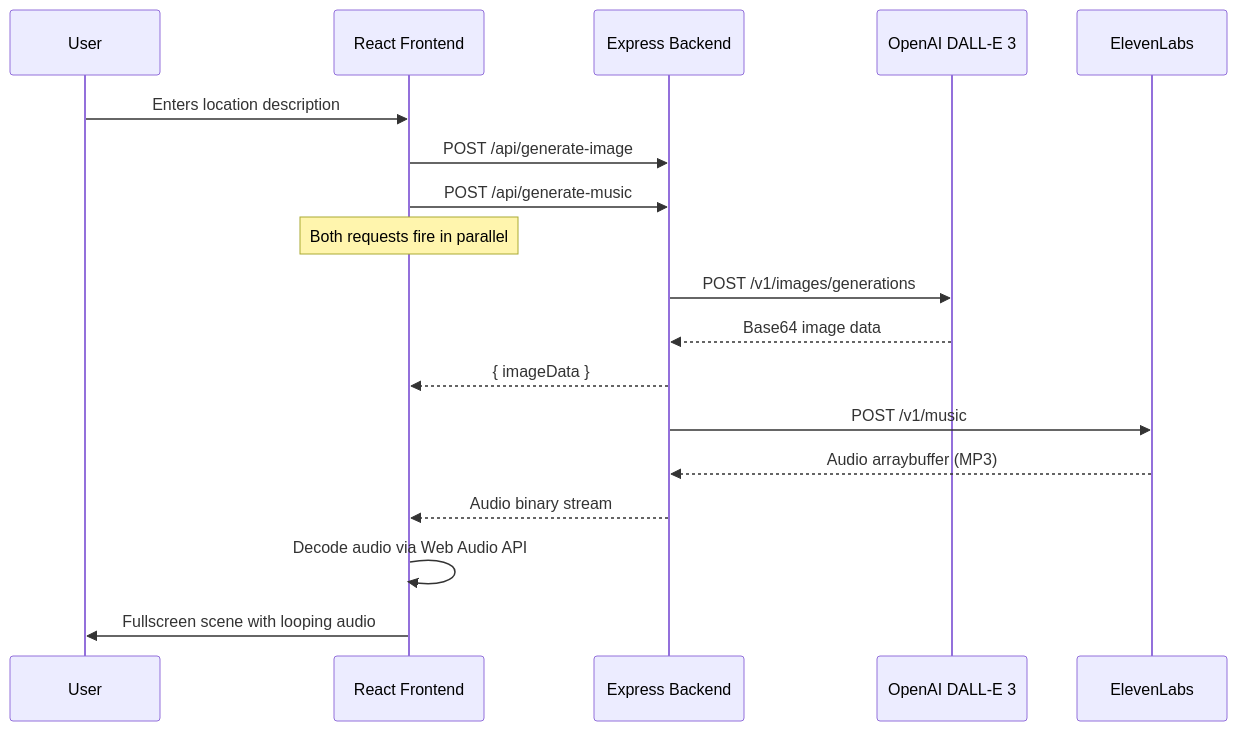
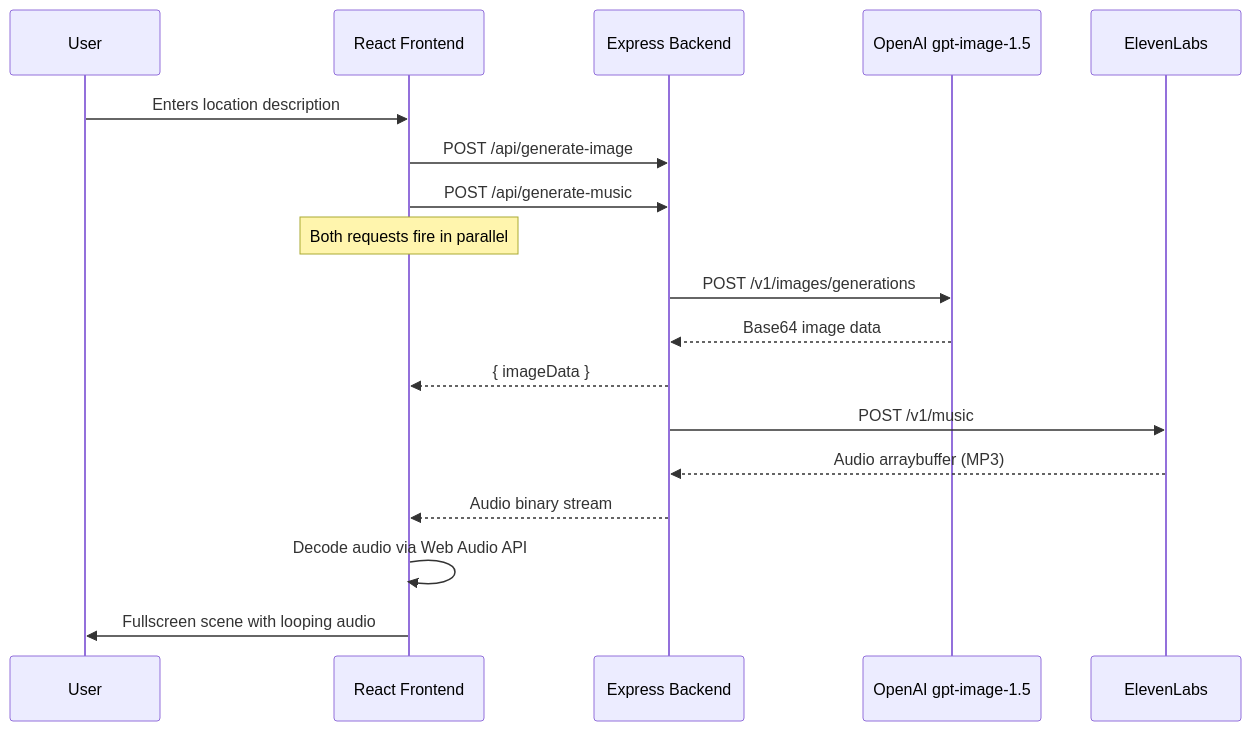
Before and after one commit to abirislam910/Kree: the second of 4 diagrams in README.md, drawn with Mermaid. The commit also changed other lines of this file and 1 other file, not shown here.

First line of the commit message:
Update image generation to gpt-image-1.5

````diff
--- a/README.md
+++ b/README.md
@@ -69,24 +69,24 @@
 ```mermaid
 sequenceDiagram
     participant U as User
     participant FE as React Frontend
     participant BE as Express Backend
-    participant DALL as OpenAI DALL-E 3
+    participant GPT as OpenAI gpt-image-1.5
     participant EL as ElevenLabs
 
     U->>FE: Enters location description
     FE->>BE: POST /api/generate-image
     FE->>BE: POST /api/generate-music
     Note over FE: Both requests fire in parallel
 
-    BE->>DALL: POST /v1/images/generations
-    DALL-->>BE: Base64 image data
+    BE->>GPT: POST /v1/images/generations
+    GPT-->>BE: Base64 image data
     BE-->>FE: { imageData }
 
     BE->>EL: POST /v1/music
     EL-->>BE: Audio arraybuffer (MP3)
     BE-->>FE: Audio binary stream
 
     FE->>FE: Decode audio via Web Audio API
     FE->>U: Fullscreen scene with looping audio
 ```
````
